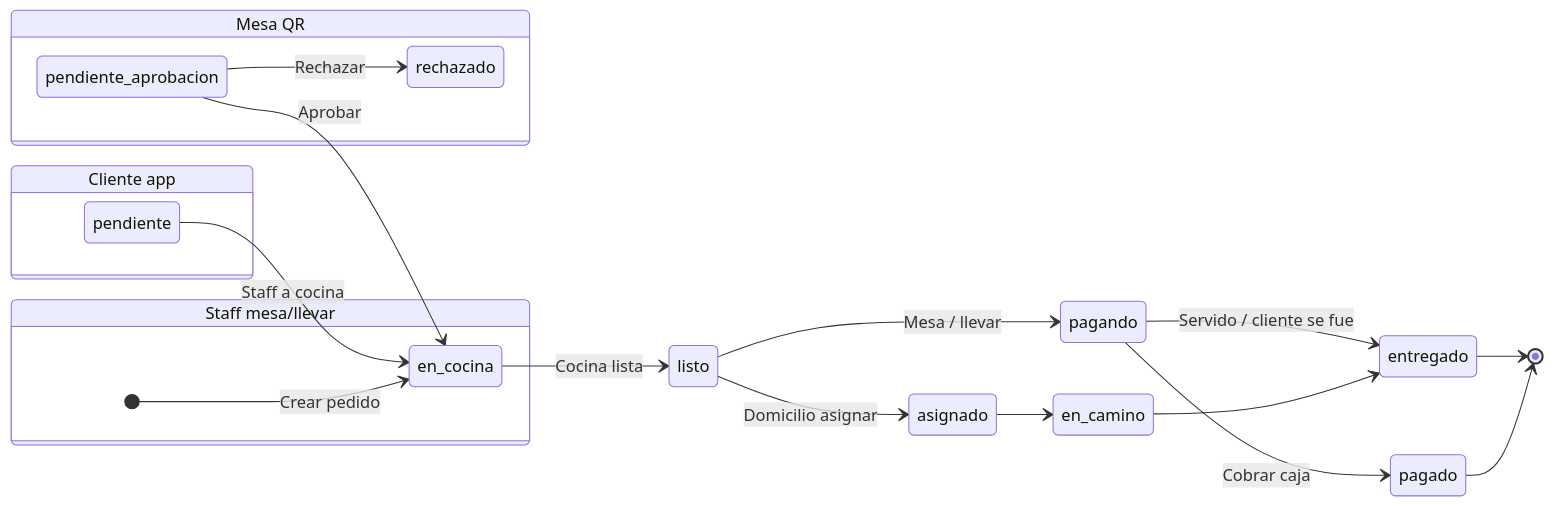
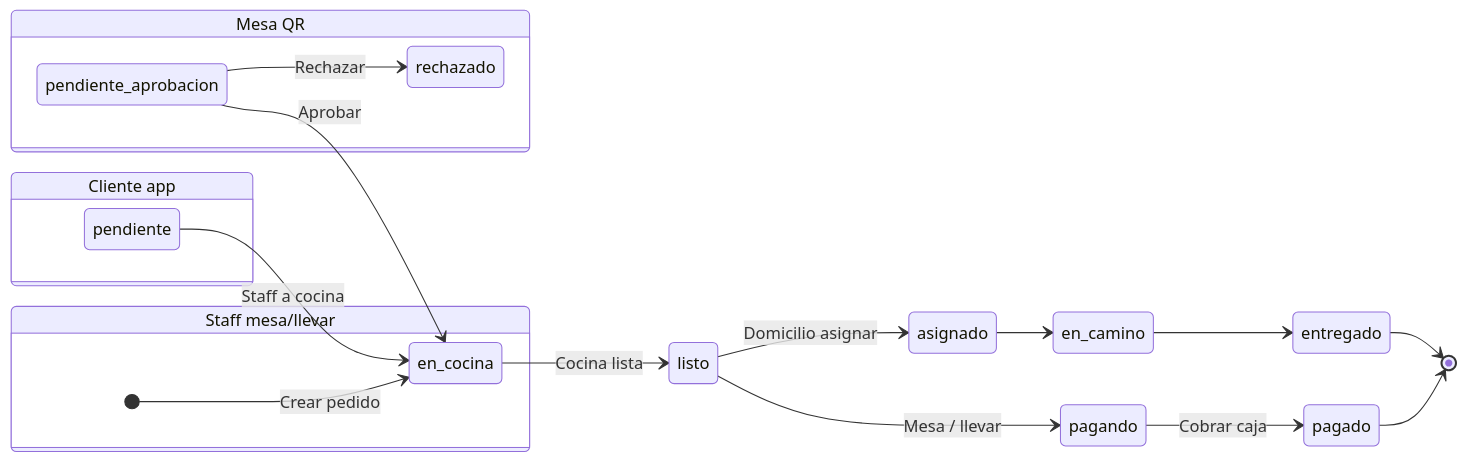
Before and after one commit to javipin2/foody: the diagram in docs/FLUJO_ESTADOS_PEDIDOS.md, drawn with Mermaid. The commit also changed other lines of this file and 1684 other files, not shown here.

````diff
--- a/docs/FLUJO_ESTADOS_PEDIDOS.md
+++ b/docs/FLUJO_ESTADOS_PEDIDOS.md
@@ -67,27 +68,26 @@
 ```mermaid
 stateDiagram-v2
   direction LR
 
   state "Mesa QR" as mq {
     pendiente_aprobacion --> en_cocina: Aprobar
     pendiente_aprobacion --> rechazado: Rechazar
   }
 
   state "Cliente app" as ca {
     pendiente --> en_cocina: Staff a cocina
   }
 
   state "Staff mesa/llevar" as sm {
     [*] --> en_cocina: Crear pedido
   }
 
   en_cocina --> listo: Cocina lista
   listo --> pagando: Mesa / llevar
   listo --> asignado: Domicilio asignar
-  pagando --> entregado: Servido / cliente se fue
   pagando --> pagado: Cobrar caja
   asignado --> en_camino
   en_camino --> entregado
   entregado --> [*]
   pagado --> [*]
 ```
````
